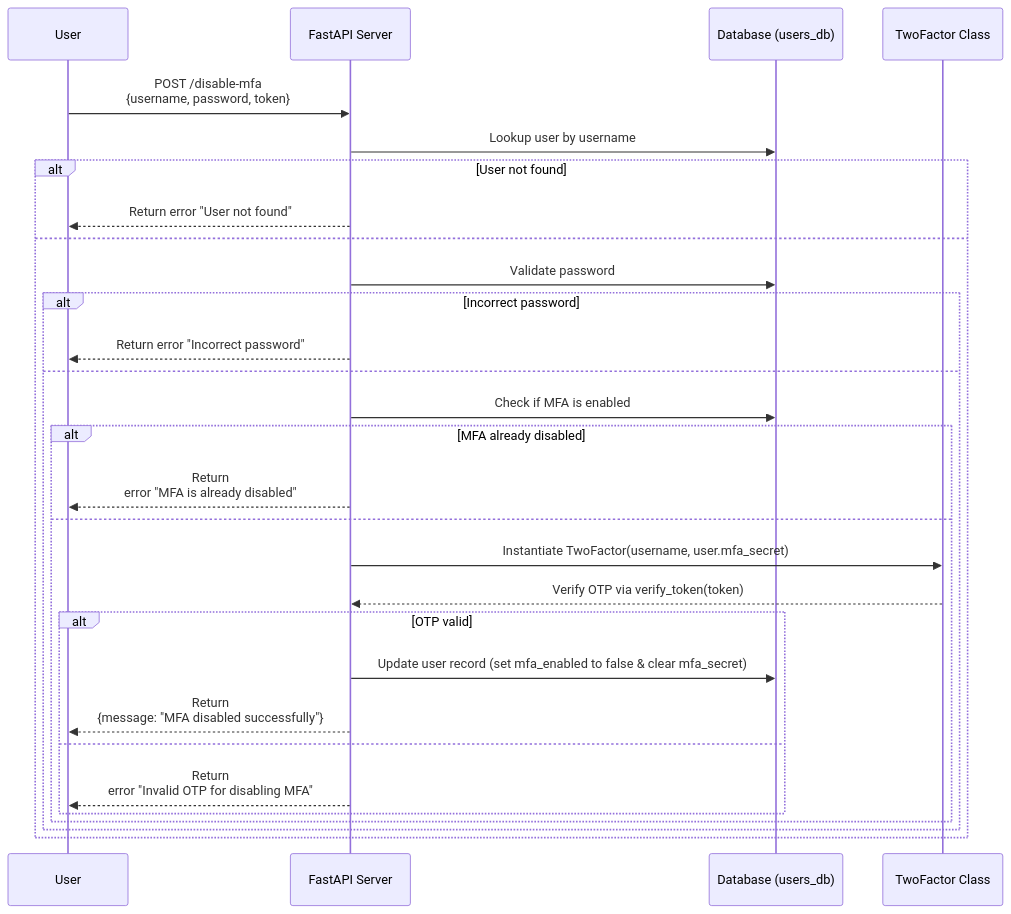
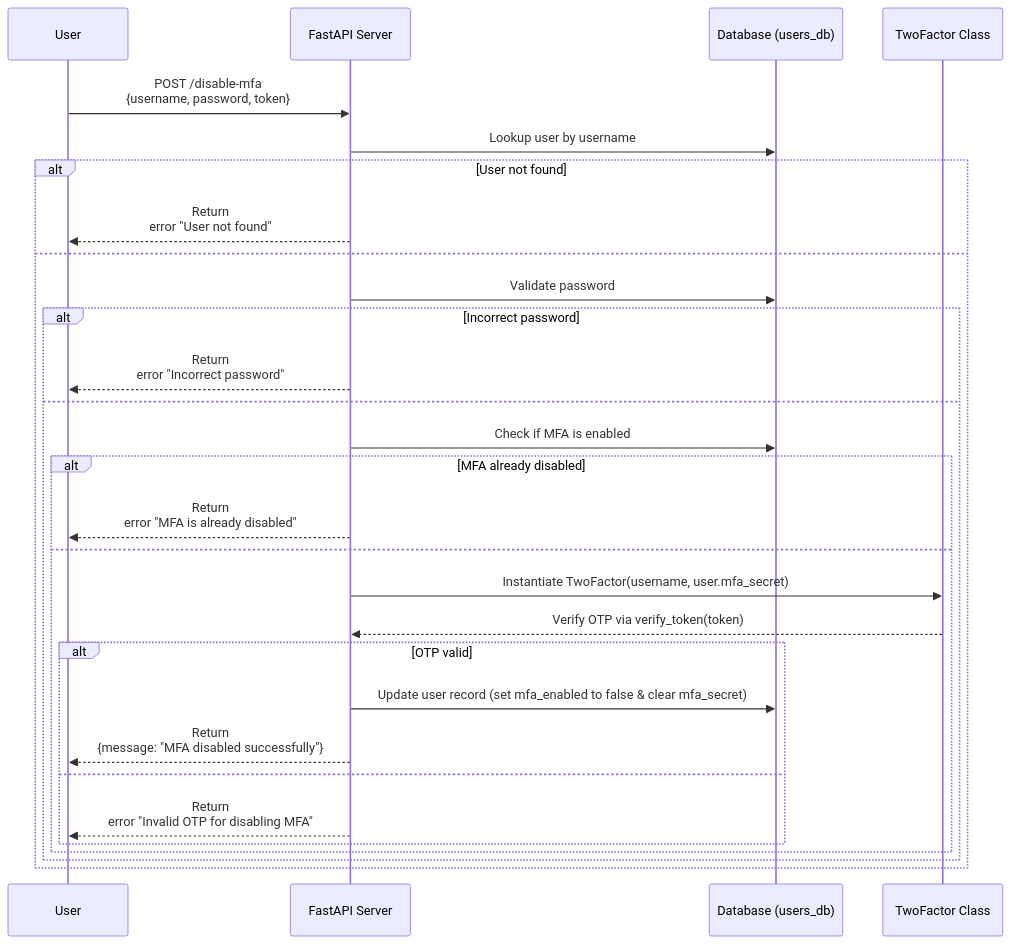
Before and after one commit to agfianf/fastapi-2fa-minimal: the third of 3 diagrams in README.md, drawn with Mermaid. The commit also changed other lines of this file, not shown here.

Commit message:
Fix formatting in README.md for error messages in 2FA flow

````diff
--- a/README.md
+++ b/README.md
@@ -95,32 +95,32 @@
     ```mermaid
     sequenceDiagram
         participant U as User
         participant S as FastAPI Server
         participant DB as Database (users_db)
         participant T as TwoFactor Class
 
         U->>S: POST /disable-mfa <br>{username, password, token}
         S->>DB: Lookup user by username
         alt User not found
-            S-->>U: Return error "User not found"
+            S-->>U: Return <br>error "User not found"
         else
             S->>DB: Validate password
             alt Incorrect password
-                S-->>U: Return error "Incorrect password"
+                S-->>U: Return <br>error "Incorrect password"
             else
                 S->>DB: Check if MFA is enabled
                 alt MFA already disabled
                     S-->>U: Return <br>error "MFA is already disabled"
                 else
                     S->>T: Instantiate TwoFactor(username, user.mfa_secret)
                     T-->>S: Verify OTP via verify_token(token)
                     alt OTP valid
                         S->>DB: Update user record (set mfa_enabled to false & clear mfa_secret)
                         S-->>U: Return <br>{message: "MFA disabled successfully"}
                     else
                         S-->>U: Return <br>error "Invalid OTP for disabling MFA"
                     end
                 end
             end
         end
     ```
````
